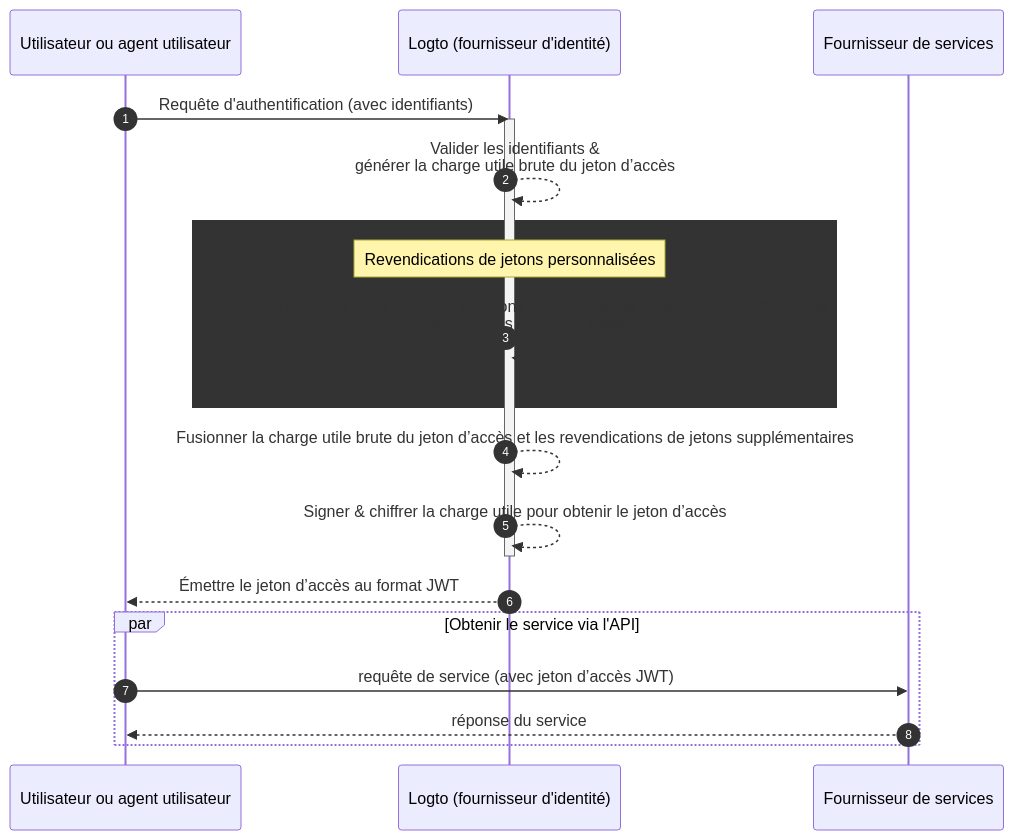
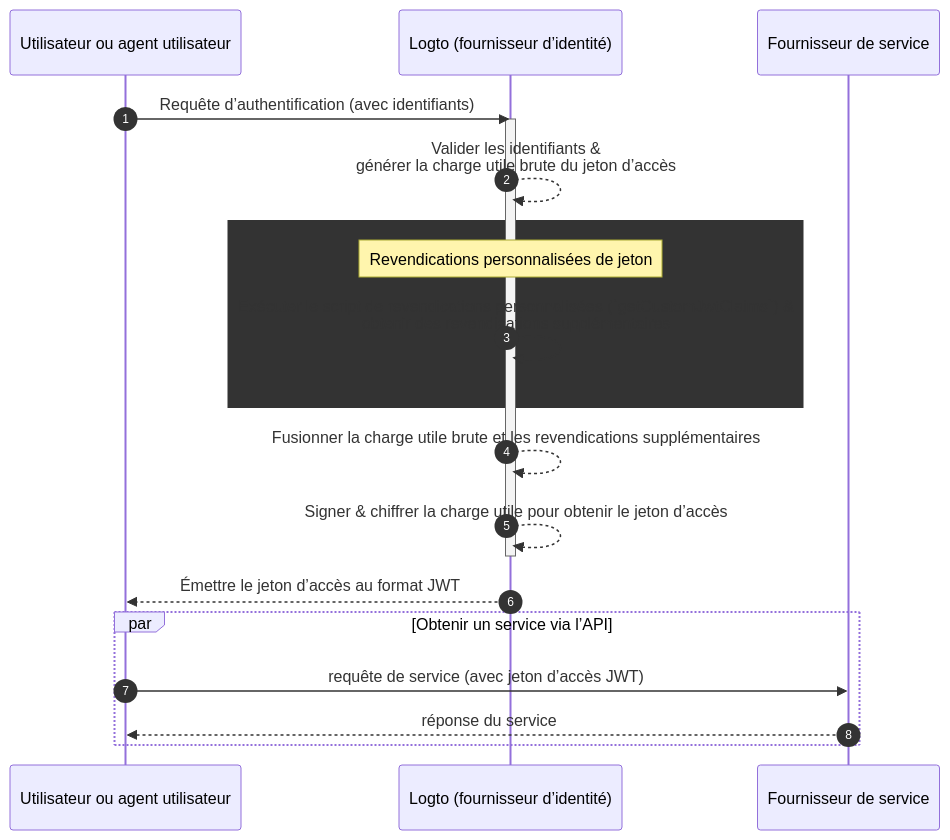
The diagram in i18n/fr/docusaurus-plugin-content-docs/current/developers/custom-token-claims/README.mdx (logto-io/docs), drawn with Mermaid before and after one commit. The commit also changed other lines of this file and 580 other files, not shown here.

````diff
--- a/i18n/fr/docusaurus-plugin-content-docs/current/developers/custom-token-claims/README.mdx
+++ b/i18n/fr/docusaurus-plugin-content-docs/current/developers/custom-token-claims/README.mdx
@@ -26,23 +26,23 @@
 ```mermaid
 sequenceDiagram
   participant U as Utilisateur ou agent utilisateur
-  participant IdP as Logto (fournisseur d'identité)
-  participant SP as Fournisseur de services
+  participant IdP as Logto (fournisseur d’identité)
+  participant SP as Fournisseur de service
 
   autonumber
-  U ->> IdP: Requête d'authentification (avec identifiants)
+  U ->> IdP: Requête d’authentification (avec identifiants)
   activate IdP
   IdP-->>IdP: Valider les identifiants &<br/>générer la charge utile brute du jeton d’accès
   rect var(--mermaid-rect-fill)
-  note over IdP: Revendications de jetons personnalisées
-  IdP->>IdP: Exécuter le script de revendications de jetons personnalisées (`getCustomJwtClaims`) &<br/>obtenir des revendications de jetons supplémentaires
+  note over IdP: Revendications personnalisées de jeton
+  IdP->>IdP: Exécuter le script de revendications personnalisées (`getCustomJwtClaims`) &<br/>obtenir des revendications supplémentaires
   end
-  IdP-->>IdP: Fusionner la charge utile brute du jeton d’accès et les revendications de jetons supplémentaires
+  IdP-->>IdP: Fusionner la charge utile brute et les revendications supplémentaires
   IdP-->>IdP: Signer & chiffrer la charge utile pour obtenir le jeton d’accès
   deactivate IdP
   IdP-->>U: Émettre le jeton d’accès au format JWT
-  par Obtenir le service via l'API
+  par Obtenir un service via l’API
   U->>SP: requête de service (avec jeton d’accès JWT)
   SP-->>U: réponse du service
   end
 ```
````
